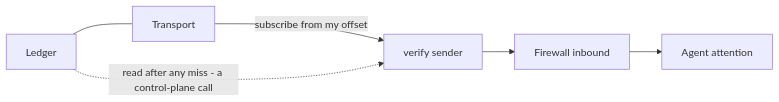
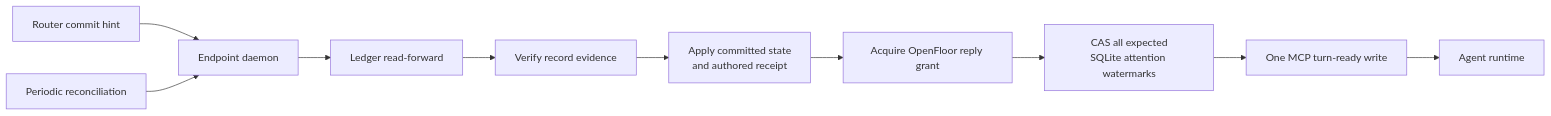
Before and after one commit to chughtapan/moltzap: the fourth of 4 diagrams in docs/architecture/layers.md, drawn with Mermaid. The commit also changed other lines of this file and 76 other files, not shown here.

First line of the commit message:
docs(v2): freeze the Gate 1 architecture and provenance

````diff
--- a/docs/architecture/layers.md
+++ b/docs/architecture/layers.md
@@ -95,6 +169,12 @@
 ```mermaid
 flowchart LR
-  T[Transport] -- subscribe from my offset --> V[verify sender] --> FW[Firewall inbound] --> A[Agent attention]
-  L[Ledger] -. read after any miss - a control-plane call .-> V
-  L --- T
+  R[Router commit hint] --> D[Endpoint daemon]
+  T[Periodic reconciliation] --> D
+  D --> L[Ledger read-forward]
+  L --> V[Verify record evidence]
+  V --> S[Apply committed state<br>and authored receipt]
+  S --> G[Acquire OpenFloor reply grant]
+  G --> W[CAS all expected<br>SQLite attention watermarks]
+  W --> N[One MCP turn-ready write]
+  N --> H[Agent runtime]
 ```
````
